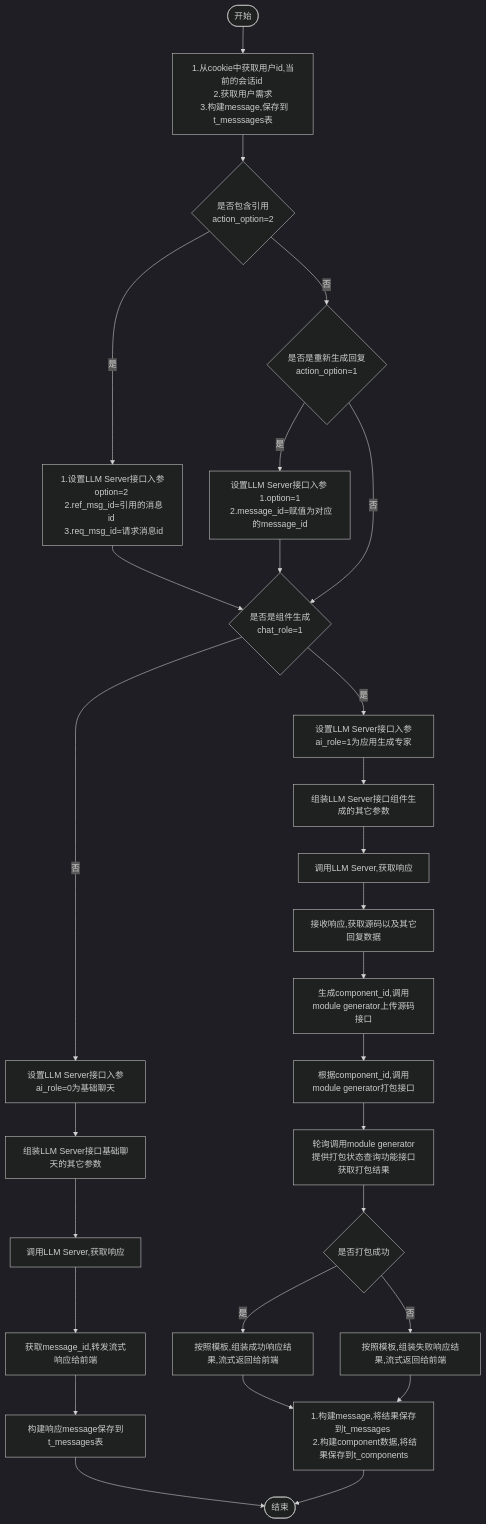
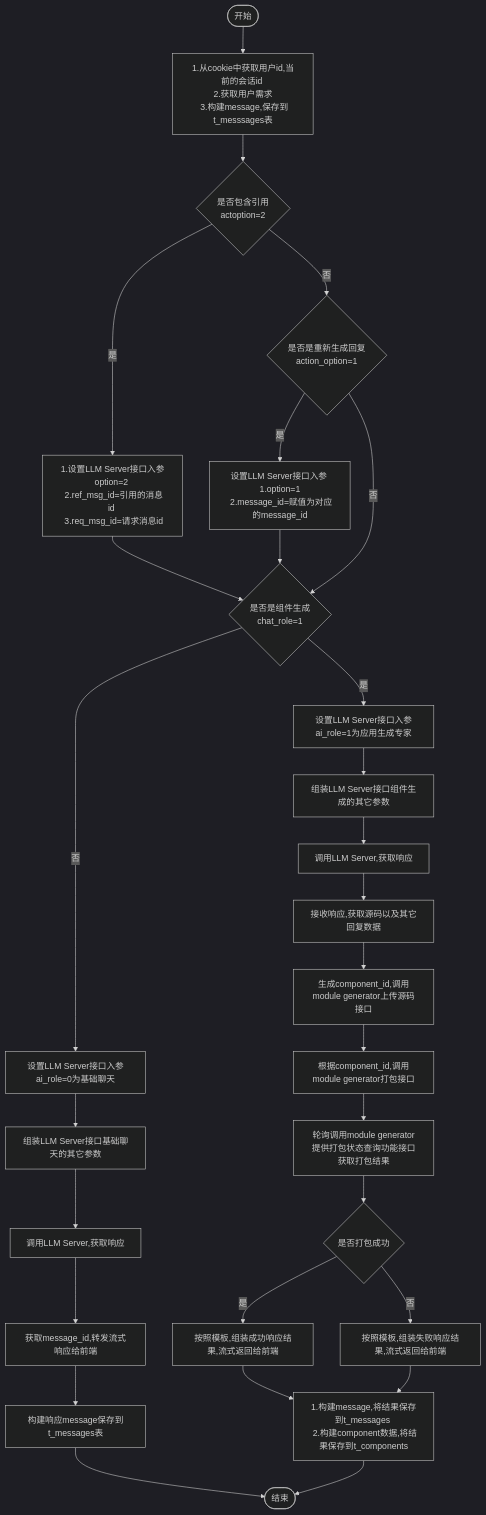
The diagram in all/w3-会话-不需要传递message.md (yingjianzh/iodraw-files), drawn with Mermaid (dark theme) before and after one commit.

Commit message:
2024-10-15 15:07:13 update

````diff
--- a/all/w3-会话-不需要传递message.md
+++ b/all/w3-会话-不需要传递message.md
@@ -1,34 +1,34 @@
 ```mermaid
 flowchart TD
     A([开始]) --> B[1.从cookie中获取用户id,当前的会话id \n 2.获取用户需求 \n 3.构建message,保存到t_messsages表]
-    B--> D{是否包含引用 \n action_option=2}
+    B--> D{是否包含引用 \n actoption=2}
     D -- 是 --> E[1.设置LLM Server接口入参option=2 \n 2.ref_msg_id=引用的消息id \n 3.req_msg_id=请求消息id]
     D -- 否 --> F{是否是重新生成回复\n action_option=1}
     F -- 是 --> G[设置LLM Server接口入参 \n 1.option=1 \n 2.message_id=赋值为对应的message_id]
     F -- 否 --> I
      
     E & G --> I{是否是组件生成 \n chat_role=1}
     I -- 否 --> K[设置LLM Server接口入参ai_role=0为基础聊天]
     I -- 是 --> J[设置LLM Server接口入参ai_role=1为应用生成专家]
     
 
     J --> L[组装LLM Server接口组件生成的其它参数]    
     K --> M[组装LLM Server接口基础聊天的其它参数]    
     M --> N[调用LLM Server,获取响应]    
     N --> O[获取message_id,转发流式响应给前端]
     O --> P[构建响应message保存到t_messages表]
     P --> R([结束])
 
 
     L --> S[调用LLM Server,获取响应]
     S --> T[接收响应,获取源码以及其它回复数据]
     T --> U[生成component_id,调用module generator上传源码接口]
     U --> V[根据component_id,调用module generator打包接口]
     V --> W[轮询调用module generator提供打包状态查询功能接口获取打包结果]
     W --> X{是否打包成功}
     X -- 是 --> Y[按照模板,组装成功响应结果,流式返回给前端]
     X -- 否 --> Z[按照模板,组装失败响应结果,流式返回给前端]
 
     Y & Z --> Result[1.构建message,将结果保存到t_messages \n 2.构建component数据,将结果保存到t_components]
     Result --> R
 ```
````
